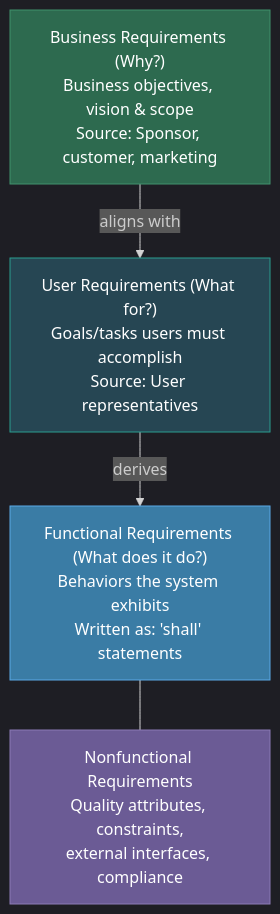
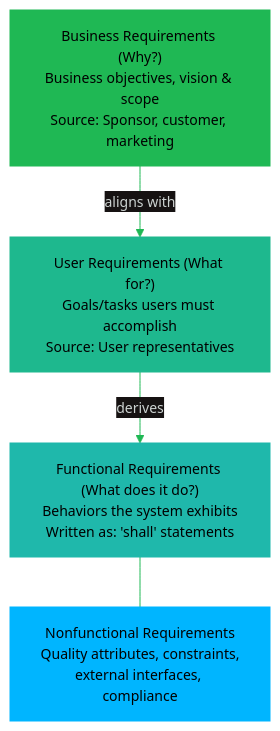
The first of 2 diagrams in software-engineering-note/01_Software_Requirements/01_Requirements_Fundamentals.md (oat431/swe-knowledge), drawn with Mermaid before and after one commit. The commit also changed other lines of this file and 13 other files, not shown here.

````diff
--- a/software-engineering-note/01_Software_Requirements/01_Requirements_Fundamentals.md
+++ b/software-engineering-note/01_Software_Requirements/01_Requirements_Fundamentals.md
@@ -53,17 +53,17 @@
 ```mermaid
-%%{init: {'theme':'dark'}}%%
+%%{init: {'theme':'base','themeVariables':{'primaryColor':'#19362D','primaryTextColor':'#CDD3D1','primaryBorderColor':'#1FB854','lineColor':'#1FB854','secondaryColor':'#161212','tertiaryColor':'#1B1717','background':'#1B1717','mainBkg':'#19362D','nodeBorder':'#1FB854','clusterBkg':'#161212','clusterBorder':'#19362D','titleColor':'#1FB854','edgeLabelBackground':'#161212','fontSize':'14px'}}}%%
 flowchart TD
     BR["Business Requirements (Why?)\nBusiness objectives, vision & scope\nSource: Sponsor, customer, marketing"]
     UR["User Requirements (What for?)\nGoals/tasks users must accomplish\nSource: User representatives"]
     FR["Functional Requirements (What does it do?)\nBehaviors the system exhibits\nWritten as: 'shall' statements"]
     NFR["Nonfunctional Requirements\nQuality attributes, constraints,\nexternal interfaces, compliance"]
 
     BR -->|"aligns with"| UR
     UR -->|"derives"| FR
     FR --- NFR
 
-    style BR fill:#2d6a4f,stroke:#40916c,color:#fff
-    style UR fill:#264653,stroke:#2a9d8f,color:#fff
-    style FR fill:#3a7ca5,stroke:#5aa9e6,color:#fff
-    style NFR fill:#6b5b95,stroke:#8b7bb5,color:#fff
+    style BR fill:#1FB854,stroke:#1FB854,color:#000000
+    style UR fill:#1EB88E,stroke:#1EB88E,color:#000000
+    style FR fill:#1FB8AB,stroke:#1FB8AB,color:#000000
+    style NFR fill:#00B5FF,stroke:#00B5FF,color:#000000
 ```
````
